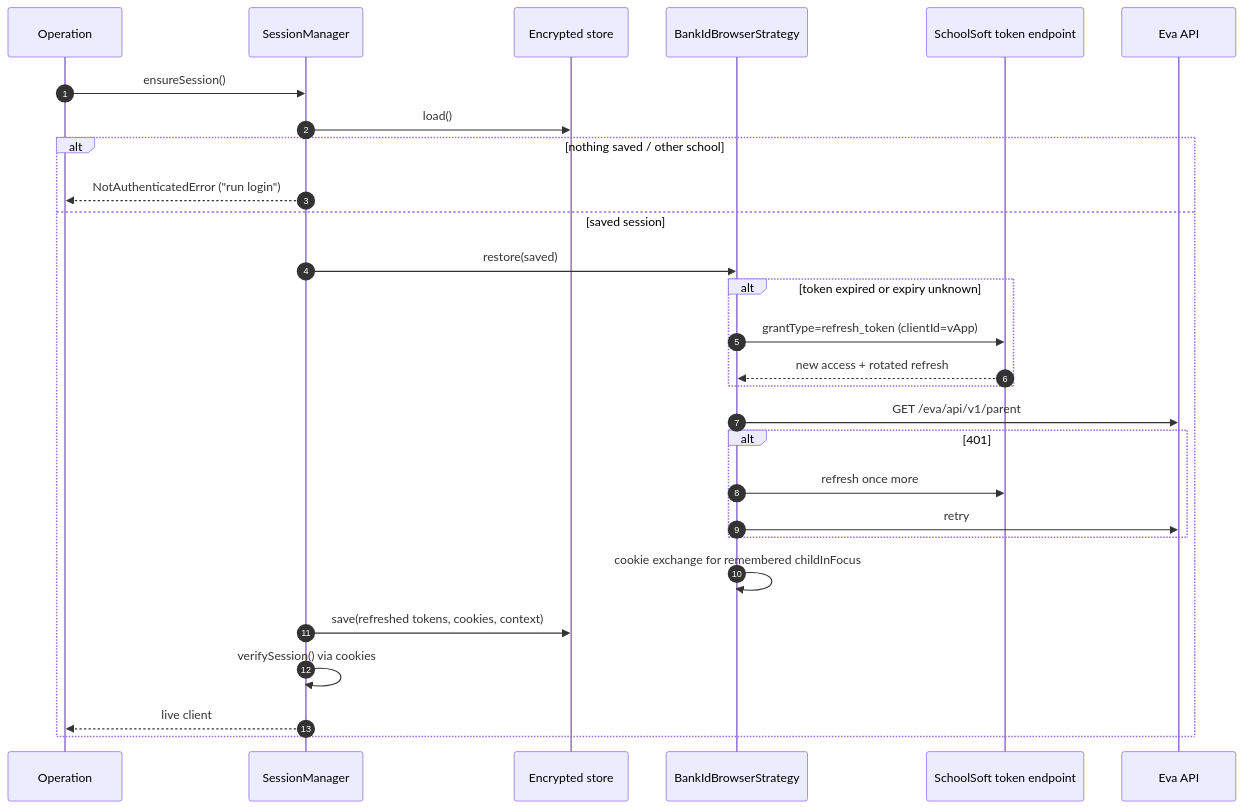
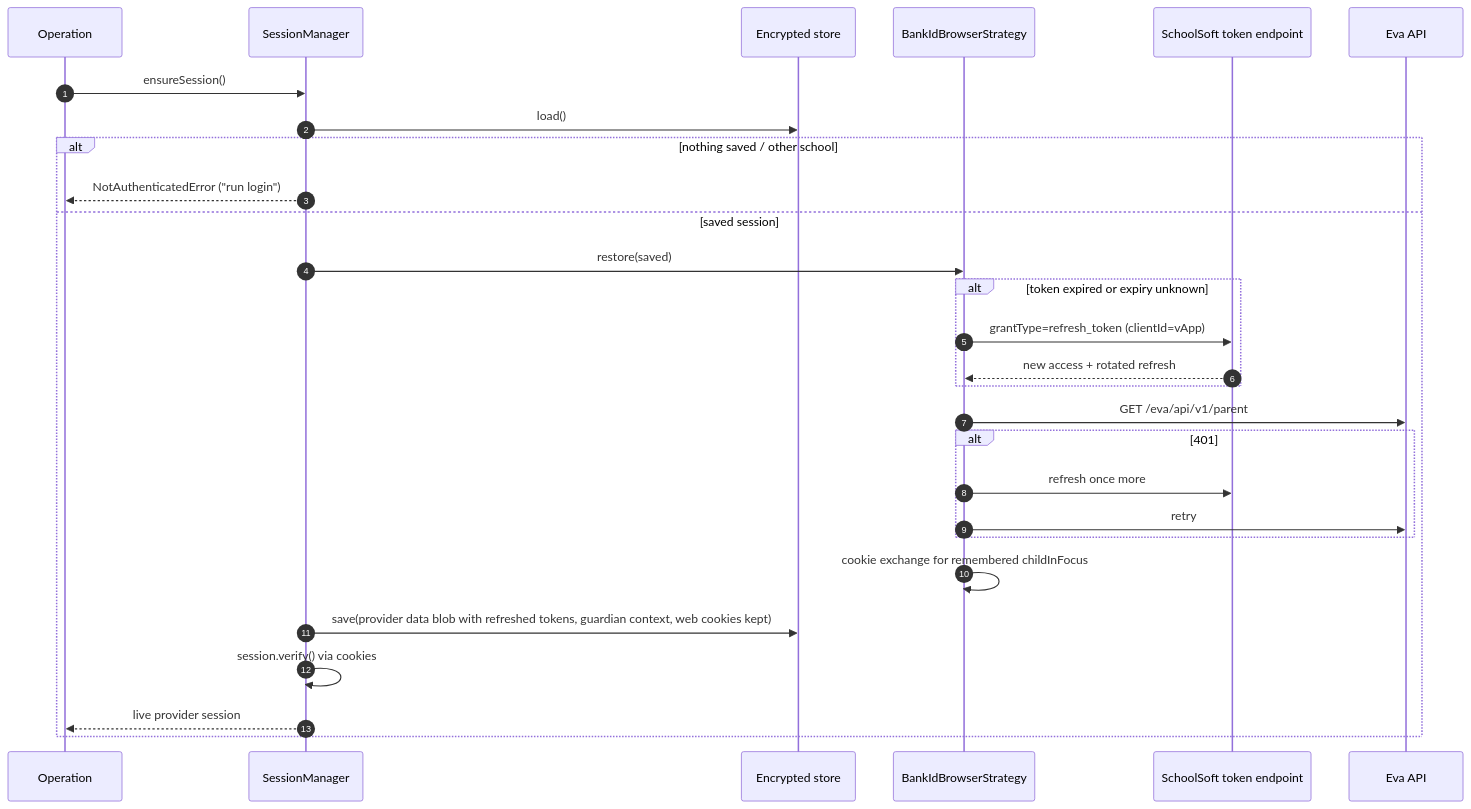
One commit to grimen/schoolsoft-agent changed the diagram in docs/diagrams/src/cold-start-refresh.mmd. Above: the diagram before and after it, drawn with Mermaid. The commit also changed 11 other files, not shown here.

First line of the commit message:
docs: diagrams follow the provider seam; web-page data and shapes in the API notes

```diff
--- a/docs/diagrams/src/cold-start-refresh.mmd
+++ b/docs/diagrams/src/cold-start-refresh.mmd
@@ -1,29 +1,29 @@
 sequenceDiagram
   autonumber
   participant O as Operation
   participant M as SessionManager
   participant St as Encrypted store
   participant Str as BankIdBrowserStrategy
   participant L as SchoolSoft token endpoint
   participant E as Eva API
 
   O->>M: ensureSession()
   M->>St: load()
   alt nothing saved / other school
     M-->>O: NotAuthenticatedError ("run login")
   else saved session
     M->>Str: restore(saved)
     alt token expired or expiry unknown
       Str->>L: grantType=refresh_token (clientId=vApp)
       L-->>Str: new access + rotated refresh
     end
     Str->>E: GET /eva/api/v1/parent
     alt 401
       Str->>L: refresh once more
       Str->>E: retry
     end
     Str->>Str: cookie exchange for remembered childInFocus
-    M->>St: save(refreshed tokens, cookies, context)
-    M->>M: verifySession() via cookies
-    M-->>O: live client
+    M->>St: save(provider data blob with refreshed tokens, guardian context, web cookies kept)
+    M->>M: session.verify() via cookies
+    M-->>O: live provider session
   end
```
